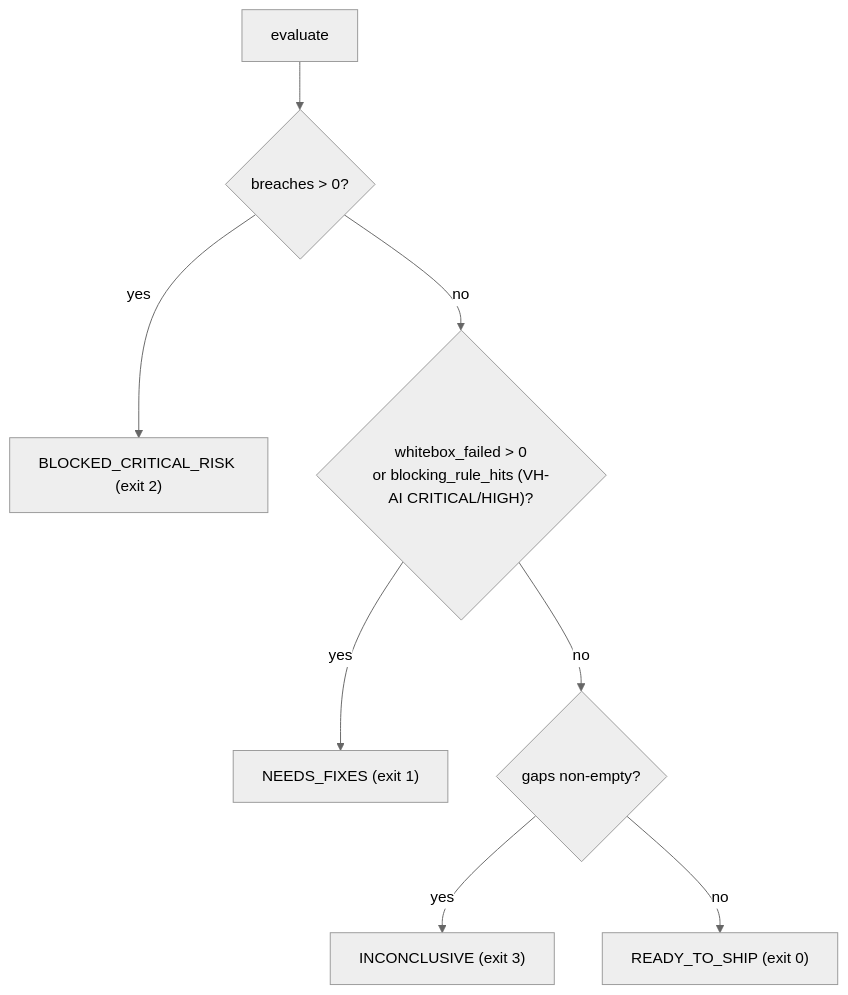
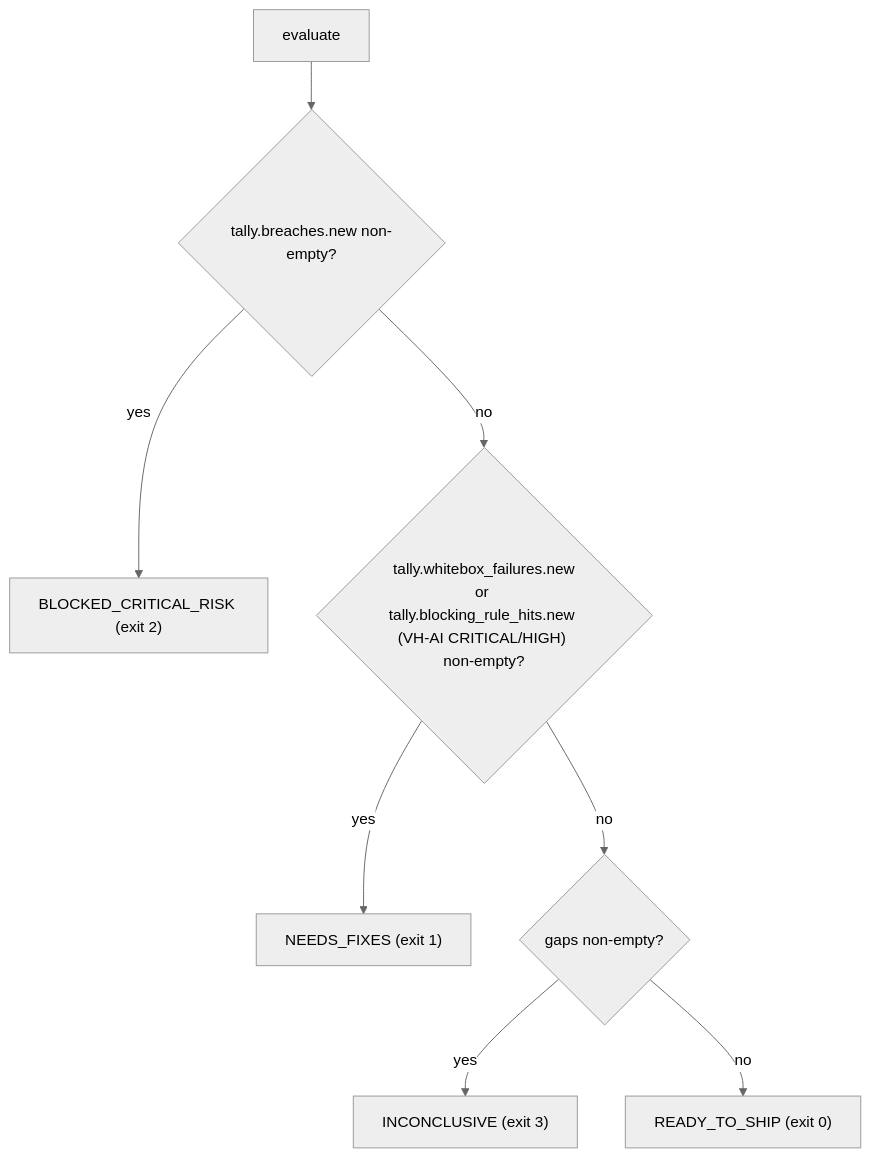
The third of 3 diagrams in docs/design.en.md (chinchiang/MultiAgentGama), drawn with Mermaid (neutral theme) before and after one commit. The commit also changed other lines of this file and 1 other file, not shown here.

First line of the commit message:
docs: the design documents describe the Evidence tally; re-cite to a075784

````diff
--- a/docs/design.en.md
+++ b/docs/design.en.md
@@ -584,10 +585,10 @@
 ```mermaid
 flowchart TD
-    S["evaluate"] --> B{"breaches > 0?"}
+    S["evaluate"] --> B{"tally.breaches.new non-empty?"}
     B -- yes --> BLK["BLOCKED_CRITICAL_RISK (exit 2)"]
-    B -- no --> N{"whitebox_failed > 0<br/>or blocking_rule_hits (VH-AI CRITICAL/HIGH)?"}
+    B -- no --> N{"tally.whitebox_failures.new<br/>or tally.blocking_rule_hits.new (VH-AI CRITICAL/HIGH) non-empty?"}
     N -- yes --> NF["NEEDS_FIXES (exit 1)"]
     N -- no --> I{"gaps non-empty?"}
     I -- yes --> INC["INCONCLUSIVE (exit 3)"]
     I -- no --> R["READY_TO_SHIP (exit 0)"]
 ```
````
